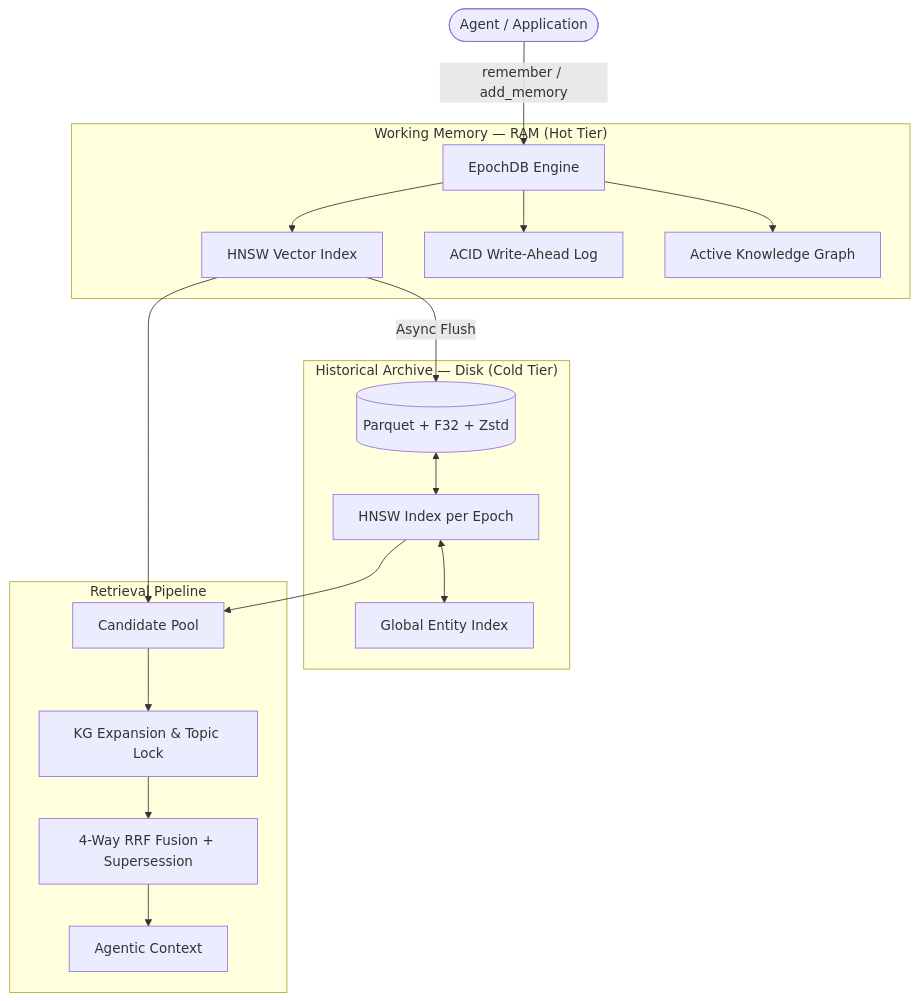
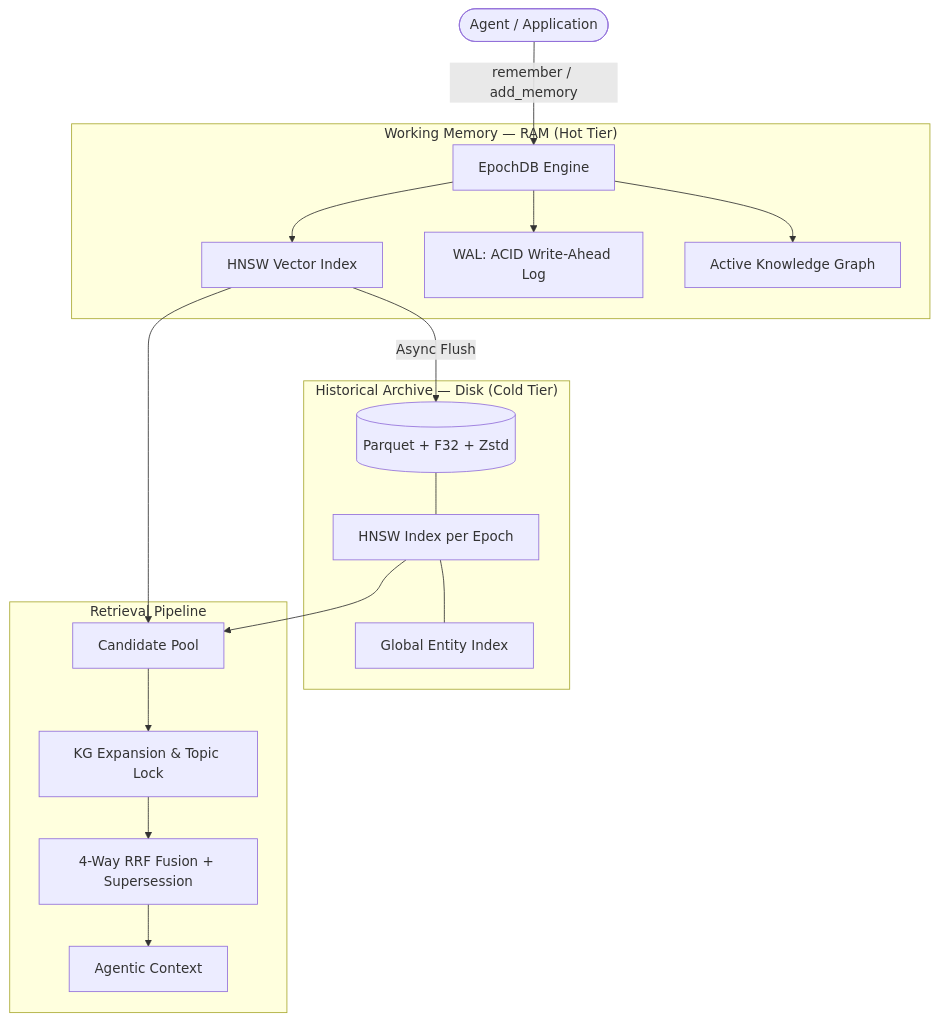
One commit to jersobh/epochdb changed the diagram in README.md. Above: the diagram before and after it, drawn with Mermaid.

Commit message:
fix the rag (mermaid)

````diff
--- a/README.md
+++ b/README.md
@@ -27,23 +27,24 @@
 ```mermaid
 graph TD
     Agent([Agent / Application]) -->|remember / add_memory| Engine[EpochDB Engine]
 
     subgraph "Working Memory — RAM (Hot Tier)"
         Engine --> HNSW_H[HNSW Vector Index]
-        Engine --> WAL[ACID Write-Ahead Log]
+        Engine --> WAL[WAL: ACID Write-Ahead Log]
         Engine --> KG[Active Knowledge Graph]
     end
 
     subgraph "Historical Archive — Disk (Cold Tier)"
         HNSW_H -->|Async Flush| Parquet[(Parquet + F32 + Zstd)]
-        Parquet <--> HNSW_C[HNSW Index per Epoch]
-        HNSW_C <--> GEI[Global Entity Index]
+        Parquet --- HNSW_C[HNSW Index per Epoch]
+        HNSW_C --- GEI[Global Entity Index]
     end
 
     subgraph "Retrieval Pipeline"
-        HNSW_H & HNSW_C --> Pool[Candidate Pool]
+        HNSW_H --> Pool[Candidate Pool]
+        HNSW_C --> Pool
         Pool --> KG_Exp[KG Expansion & Topic Lock]
         KG_Exp --> RRF[4-Way RRF Fusion + Supersession]
         RRF --> Context[Agentic Context]
     end
 ```
````
